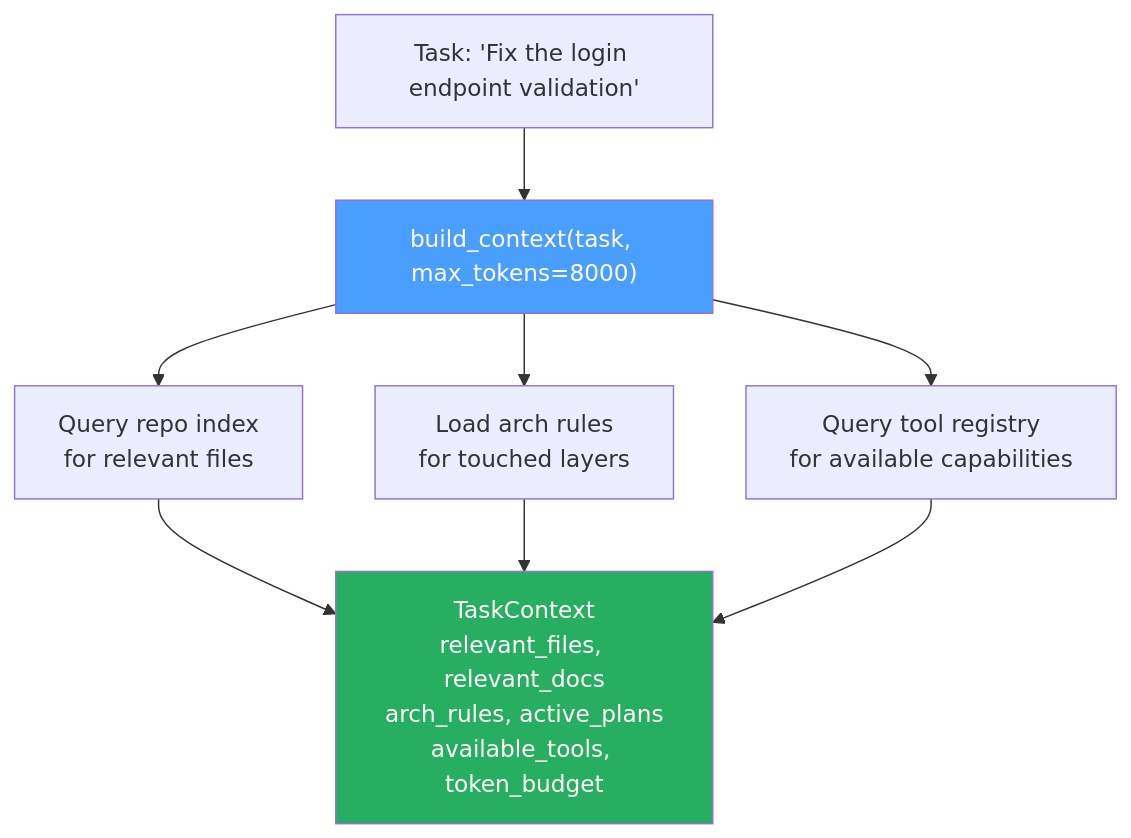
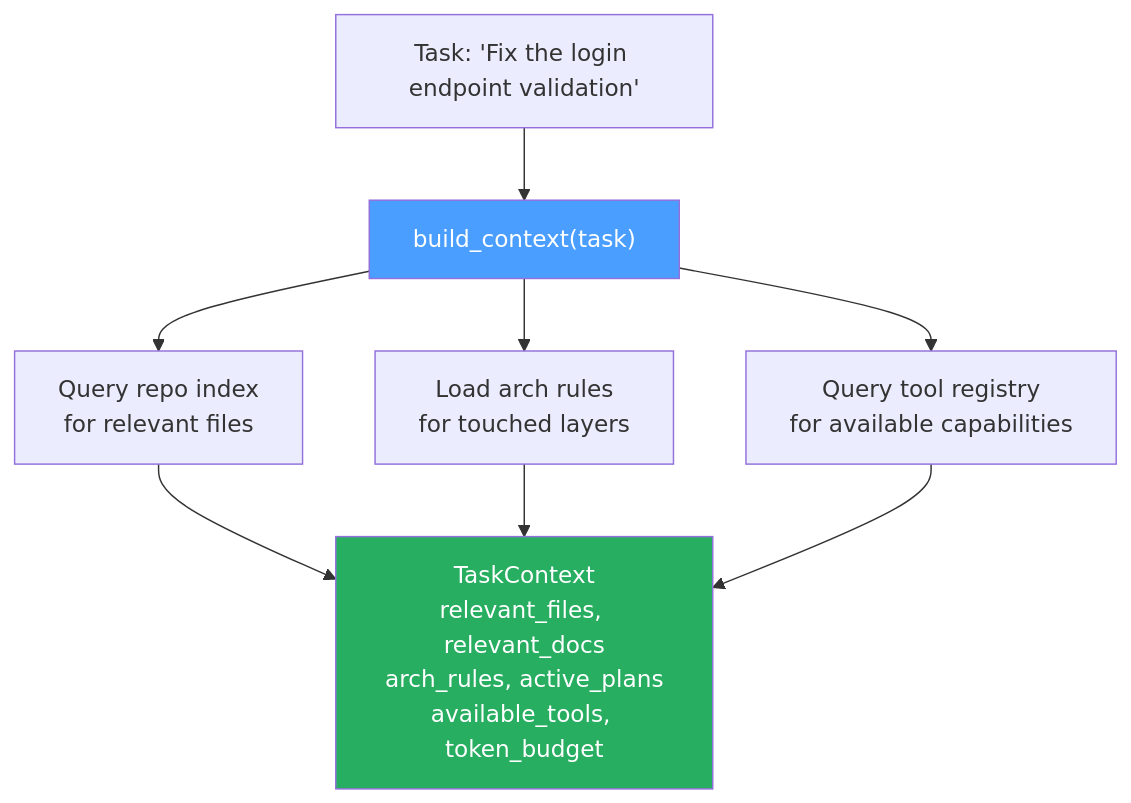
One commit to Tanush1912/ouroboros changed the seventh of 9 diagrams in README.md. Above: the diagram before and after it, drawn with Mermaid. The commit also changed other lines of this file, not shown here.

````diff
--- a/README.md
+++ b/README.md
@@ -591,18 +591,18 @@
 ```mermaid
 flowchart TD
     Task["Task: 'Fix the login endpoint validation'"]
-    Task --> build["build_context(task, max_tokens=8000)"]
+    Task --> build["build_context(task)"]
 
     build --> repo["Query repo index\nfor relevant files"]
     build --> arch["Load arch rules\nfor touched layers"]
     build --> tools["Query tool registry\nfor available capabilities"]
 
     repo --> ctx
     arch --> ctx
     tools --> ctx
 
     ctx["TaskContext\nrelevant_files, relevant_docs\narch_rules, active_plans\navailable_tools, token_budget"]
 
     style build fill:#4a9eff,color:#fff
     style ctx fill:#27ae60,color:#fff
 ```
````
